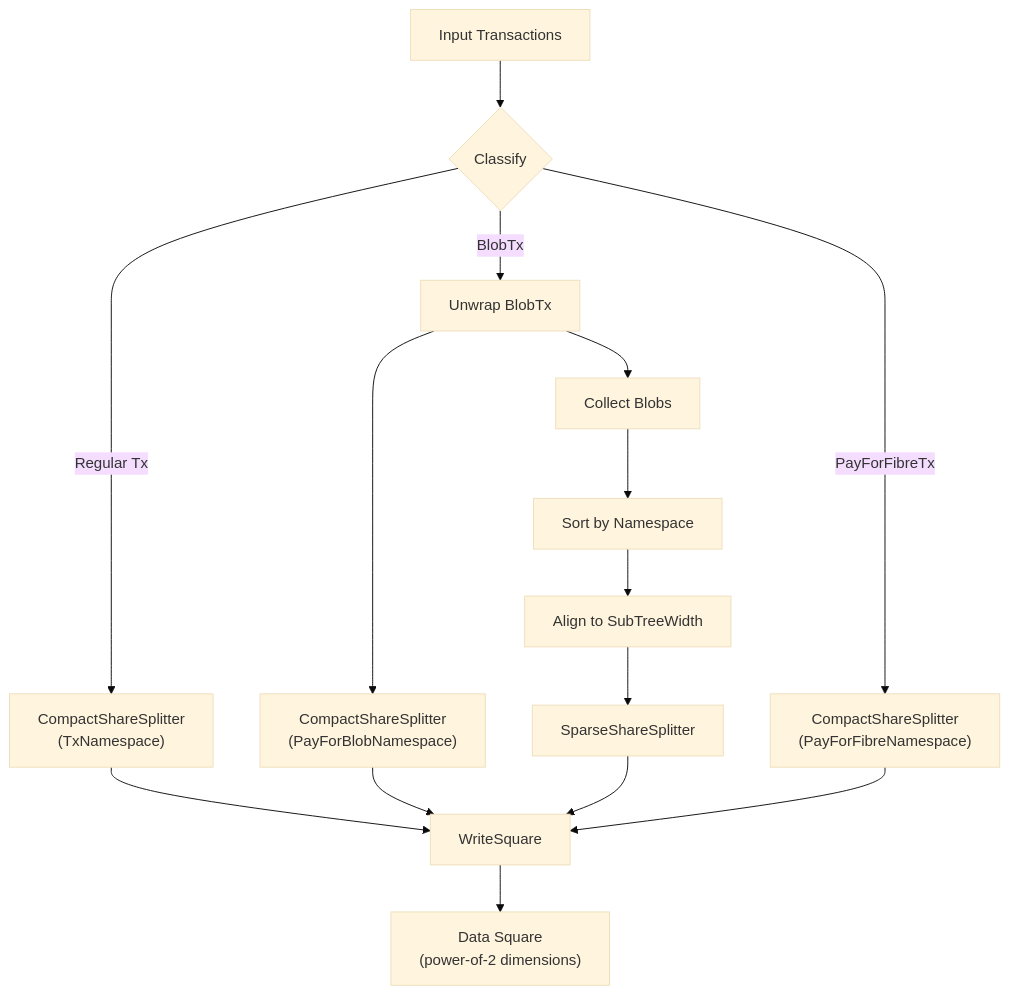
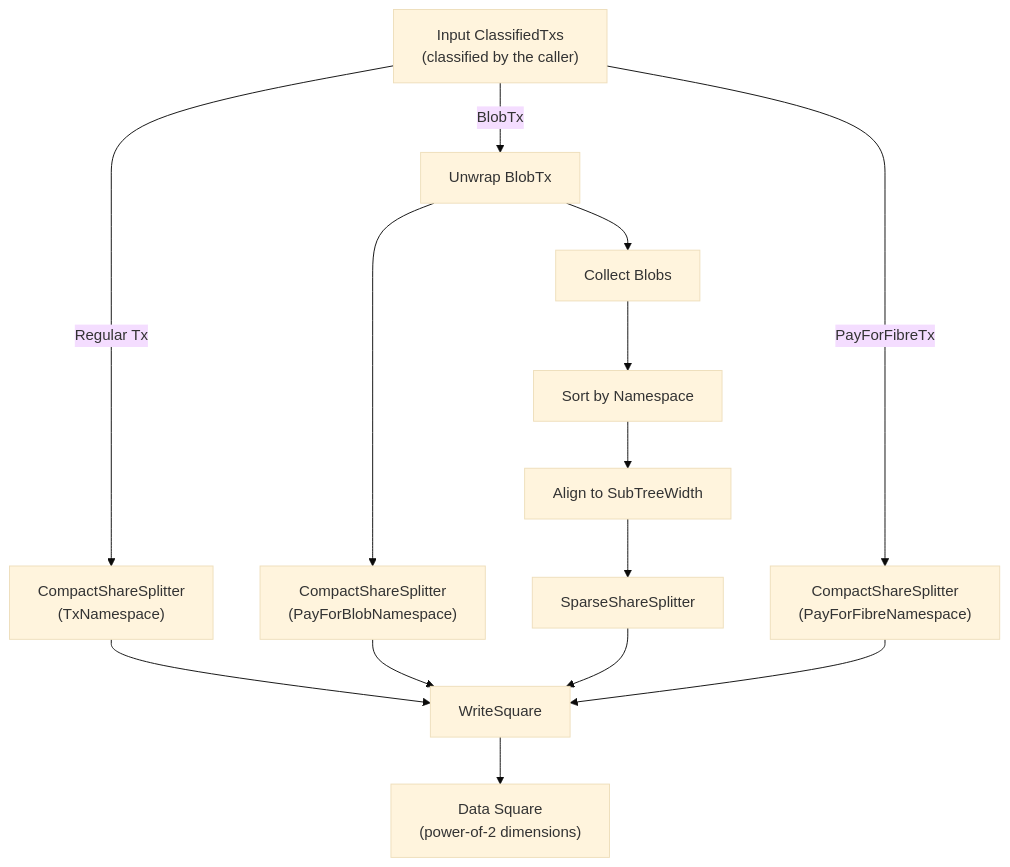
The ninth of 10 diagrams in README.md (celestiaorg/go-square), drawn with Mermaid (base theme) before and after one commit. The commit also changed other lines of this file and 19 other files, not shown here.

First line of the commit message:
feat!: require callers to classify transactions (#277)

````diff
--- a/README.md
+++ b/README.md
@@ -149,17 +149,16 @@
 ```mermaid
 flowchart TD
-    Input["Input Transactions"] --> Classify{"Classify"}
-    Classify -->|"Regular Tx"| TxW["CompactShareSplitter<br>(TxNamespace)"]
-    Classify -->|"BlobTx"| Unwrap["Unwrap BlobTx"]
-    Classify -->|"PayForFibreTx"| PffW["CompactShareSplitter<br>(PayForFibreNamespace)"]
+    Input["Input ClassifiedTxs<br>(classified by the caller)"] -->|"Regular Tx"| TxW["CompactShareSplitter<br>(TxNamespace)"]
+    Input -->|"BlobTx"| Unwrap["Unwrap BlobTx"]
+    Input -->|"PayForFibreTx"| PffW["CompactShareSplitter<br>(PayForFibreNamespace)"]
     Unwrap --> PfbW["CompactShareSplitter<br>(PayForBlobNamespace)"]
     Unwrap --> Blobs["Collect Blobs"]
     Blobs --> Sort["Sort by Namespace"]
     Sort --> Align["Align to SubTreeWidth"]
     Align --> BlobW["SparseShareSplitter"]
     TxW --> Assemble["WriteSquare"]
     PfbW --> Assemble
     PffW --> Assemble
     BlobW --> Assemble
     Assemble --> Square["Data Square<br>(power-of-2 dimensions)"]
 ```
````
